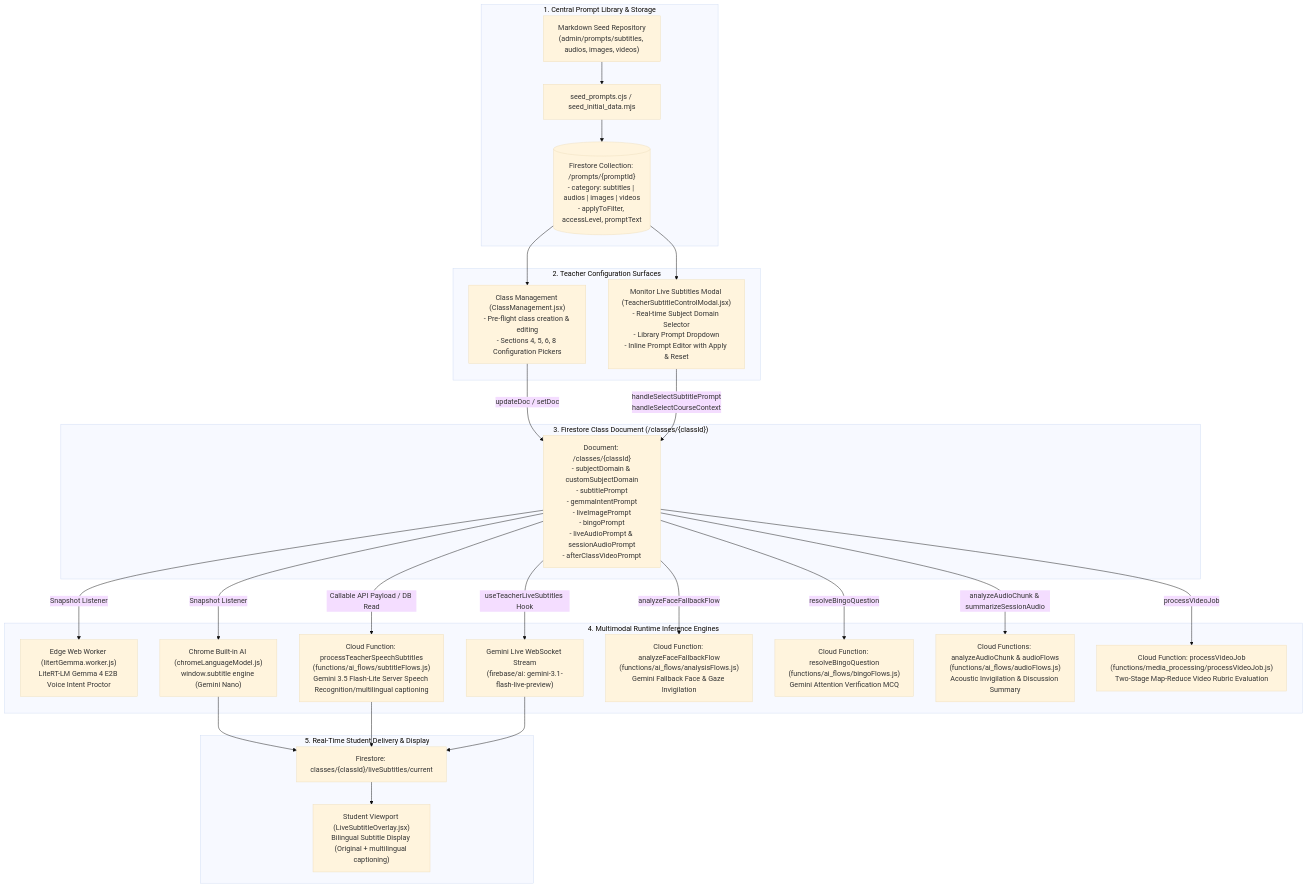
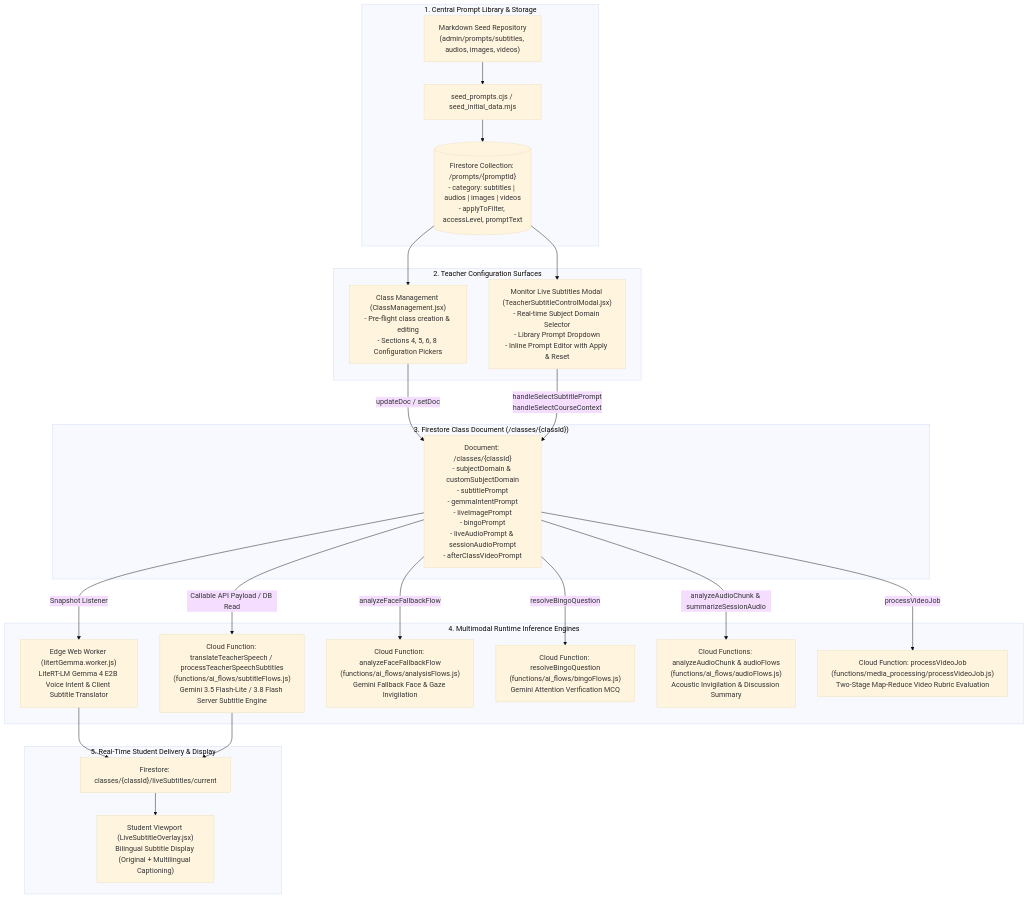
The first of 5 diagrams in docs/teacher-ai-prompt-configuration-guide.md (wongcyrus/Google-AI-Classroom), drawn with Mermaid (base theme) before and after one commit. The commit also changed other lines of this file and 51 other files, not shown here.

````diff
--- a/docs/teacher-ai-prompt-configuration-guide.md
+++ b/docs/teacher-ai-prompt-configuration-guide.md
@@ -22,35 +22,32 @@
 ```mermaid
 flowchart TD
     subgraph Catalog ["1. Central Prompt Library & Storage"]
         SeedMD["Markdown Seed Repository\n(admin/prompts/subtitles, audios, images, videos)"] --> SeedScript["seed_prompts.cjs / seed_initial_data.mjs"]
         SeedScript --> FSPrompts[("Firestore Collection: /prompts/{promptId}\n- category: subtitles | audios | images | videos\n- applyToFilter, accessLevel, promptText")]
     end
 
     subgraph TeacherUI ["2. Teacher Configuration Surfaces"]
         FSPrompts --> CM["Class Management (ClassManagement.jsx)\n- Pre-flight class creation & editing\n- Sections 4, 5, 6, 8 Configuration Pickers"]
         FSPrompts --> MonModal["Monitor Live Subtitles Modal (TeacherSubtitleControlModal.jsx)\n- Real-time Subject Domain Selector\n- Library Prompt Dropdown\n- Inline Prompt Editor with Apply & Reset"]
     end
 
     subgraph StatePersistence ["3. Firestore Class Document (/classes/{classId})"]
         CM -->|"updateDoc / setDoc"| ClassDoc["Document: /classes/{classId}\n- subjectDomain & customSubjectDomain\n- subtitlePrompt\n- gemmaIntentPrompt\n- liveImagePrompt\n- bingoPrompt\n- liveAudioPrompt & sessionAudioPrompt\n- afterClassVideoPrompt"]
         MonModal -->|"handleSelectSubtitlePrompt\nhandleSelectCourseContext"| ClassDoc
     end
 
     subgraph RuntimeConsumers ["4. Multimodal Runtime Inference Engines"]
-        ClassDoc -->|"Snapshot Listener"| EdgeGemma["Edge Web Worker (litertGemma.worker.js)\nLiteRT-LM Gemma 4 E2B Voice Intent Proctor"]
-        ClassDoc -->|"Snapshot Listener"| ChromeAI["Chrome Built-in AI (chromeLanguageModel.js)\nwindow.subtitle engine (Gemini Nano)"]
-        ClassDoc -->|"Callable API Payload / DB Read"| CFSubtitles["Cloud Function: processTeacherSpeechSubtitles\n(functions/ai_flows/subtitleFlows.js)\nGemini 3.5 Flash-Lite Server Speech Recognition/multilingual captioning"]
-        ClassDoc -->|"useTeacherLiveSubtitles Hook"| GeminiLive["Gemini Live WebSocket Stream\n(firebase/ai: gemini-3.1-flash-live-preview)"]
+        ClassDoc -->|"Snapshot Listener"| EdgeGemma["Edge Web Worker (litertGemma.worker.js)\nLiteRT-LM Gemma 4 E2B Voice Intent & Client Subtitle Translator"]
+        ClassDoc -->|"Callable API Payload / DB Read"| CFSubtitles["Cloud Function: translateTeacherSpeech / processTeacherSpeechSubtitles\n(functions/ai_flows/subtitleFlows.js)\nGemini 3.5 Flash-Lite / 3.8 Flash Server Subtitle Engine"]
         ClassDoc -->|"analyzeFaceFallbackFlow"| CFVision["Cloud Function: analyzeFaceFallbackFlow\n(functions/ai_flows/analysisFlows.js)\nGemini Fallback Face & Gaze Invigilation"]
         ClassDoc -->|"resolveBingoQuestion"| CFBingo["Cloud Function: resolveBingoQuestion\n(functions/ai_flows/bingoFlows.js)\nGemini Attention Verification MCQ"]
         ClassDoc -->|"analyzeAudioChunk & summarizeSessionAudio"| CFAudio["Cloud Functions: analyzeAudioChunk & audioFlows\n(functions/ai_flows/audioFlows.js)\nAcoustic Invigilation & Discussion Summary"]
         ClassDoc -->|"processVideoJob"| CFVideo["Cloud Function: processVideoJob\n(functions/media_processing/processVideoJob.js)\nTwo-Stage Map-Reduce Video Rubric Evaluation"]
     end
 
     subgraph Distribution ["5. Real-Time Student Delivery & Display"]
-        ChromeAI --> SubChannel["Firestore: classes/{classId}/liveSubtitles/current"]
+        EdgeGemma --> SubChannel["Firestore: classes/{classId}/liveSubtitles/current"]
         CFSubtitles --> SubChannel
-        GeminiLive --> SubChannel
-        SubChannel --> StudentOverlay["Student Viewport (LiveSubtitleOverlay.jsx)\nBilingual Subtitle Display (Original + multilingual captioning)"]
+        SubChannel --> StudentOverlay["Student Viewport (LiveSubtitleOverlay.jsx)\nBilingual Subtitle Display (Original + Multilingual Captioning)"]
     end
 ```
````
